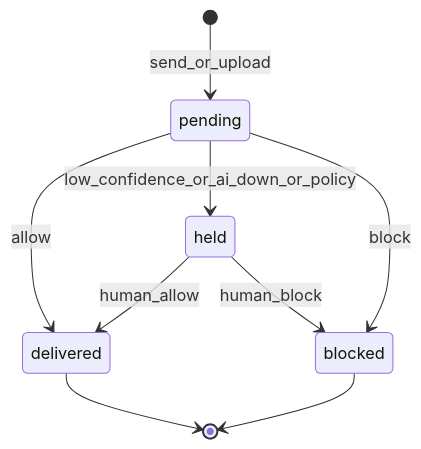
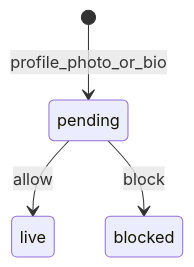
The third of 5 diagrams in _bmad-output/planning-artifacts/architecture/architecture-muslim-marriage-africa-2026-09-27/ARCHITECTURE-SPINE.md (usfaa444/muslim-marriage-africa), drawn with Mermaid before and after one commit. The commit also changed other lines of this file and 32 other files, not shown here.

Commit message:
Amendment 2026-10-01: passive AI moderation (deliver then scan; admin flag queue). PRD FR-062–068/NFR-003 + FR-144; architecture AD-10/AD-11; brief D4/D32.

````diff
--- a/_bmad-output/planning-artifacts/architecture/architecture-muslim-marriage-africa-2026-09-27/ARCHITECTURE-SPINE.md
+++ b/_bmad-output/planning-artifacts/architecture/architecture-muslim-marriage-africa-2026-09-27/ARCHITECTURE-SPINE.md
@@ -140,11 +152,6 @@
 ```mermaid
 stateDiagram-v2
-  [*] --> pending: send_or_upload
-  pending --> delivered: allow
-  pending --> held: low_confidence_or_ai_down_or_policy
+  [*] --> pending: profile_photo_or_bio
+  pending --> live: allow
   pending --> blocked: block
-  held --> delivered: human_allow
-  held --> blocked: human_block
-  delivered --> [*]
-  blocked --> [*]
 ```
````
